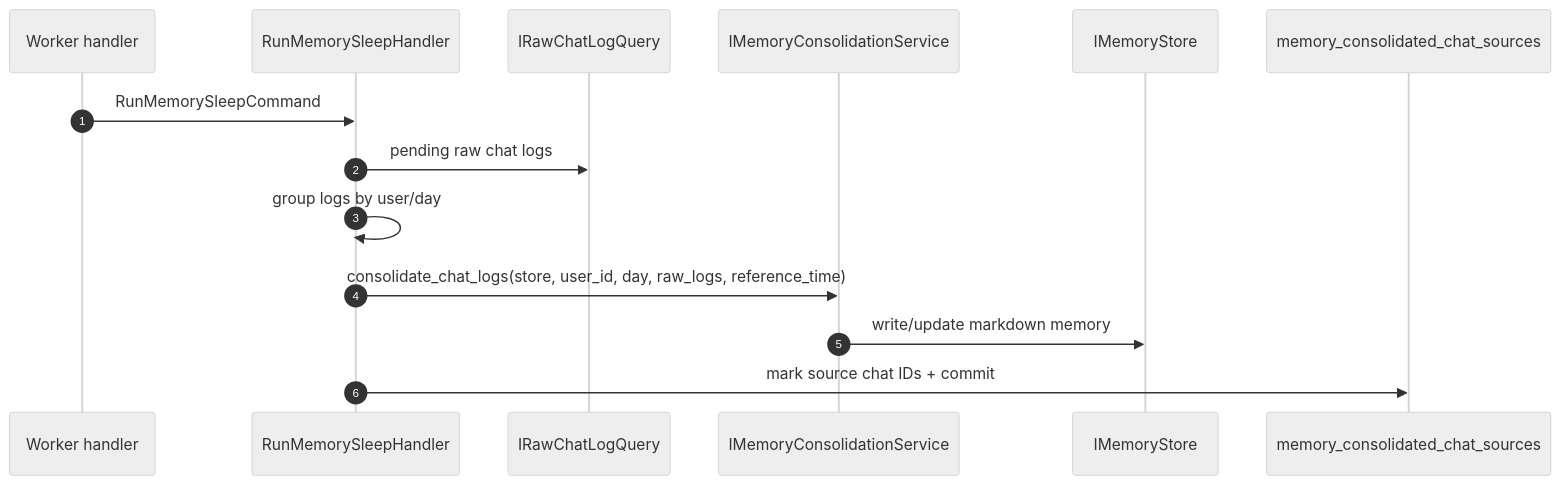
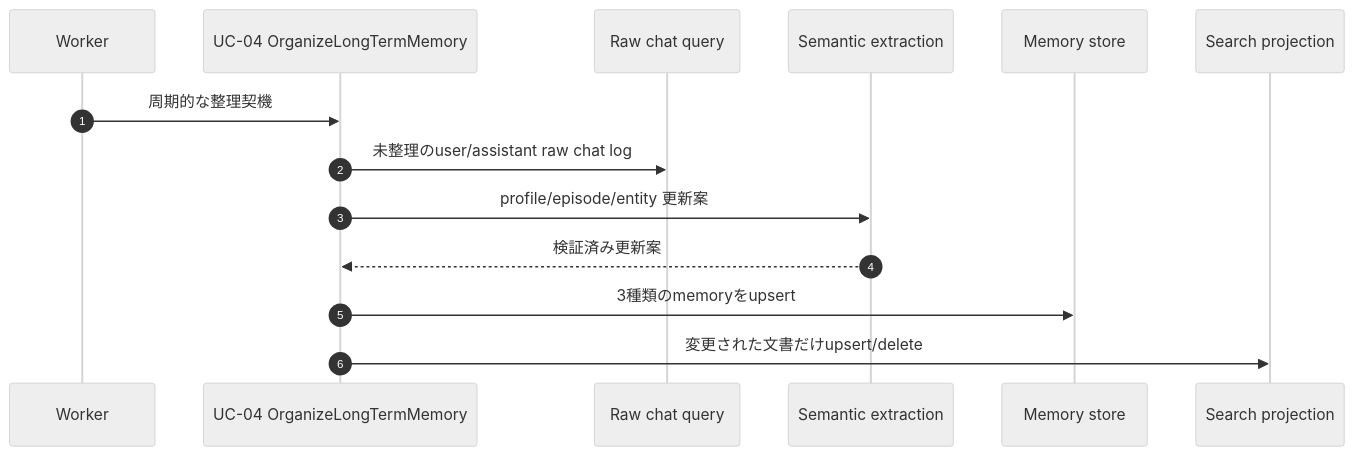
One commit to aiagate/agentic-chat-foundation changed the diagram in docs/infrastructure/memory-write-flow.md. Above: the diagram before and after it, drawn with Mermaid (neutral theme). The commit also changed other lines of this file and 242 other files, not shown here.

````diff
--- a/docs/infrastructure/memory-write-flow.md
+++ b/docs/infrastructure/memory-write-flow.md
@@ -16,17 +8,17 @@
 ```mermaid
 sequenceDiagram
     autonumber
-    participant Worker as Worker handler
-    participant UC as RunMemorySleepHandler
-    participant Raw as IRawChatLogQuery
-    participant Service as IMemoryConsolidationService
-    participant Store as IMemoryStore
-    participant Projection as memory_consolidated_chat_sources
+    participant Worker
+    participant UC as UC-04 OrganizeLongTermMemory
+    participant Raw as Raw chat query
+    participant AI as Semantic extraction
+    participant Store as Memory store
+    participant Projection as Search projection
 
-    Worker->>UC: RunMemorySleepCommand
-    UC->>Raw: pending raw chat logs
-    UC->>UC: group logs by user/day
-    UC->>Service: consolidate_chat_logs(store, user_id, day, raw_logs, reference_time)
-    Service->>Store: write/update markdown memory
-    UC->>Projection: mark source chat IDs + commit
+    Worker->>UC: 周期的な整理契機
+    UC->>Raw: 未整理のuser/assistant raw chat log
+    UC->>AI: profile/episode/entity 更新案
+    AI-->>UC: 検証済み更新案
+    UC->>Store: 3種類のmemoryをupsert
+    UC->>Projection: 変更された文書だけupsert/delete
 ```
````
